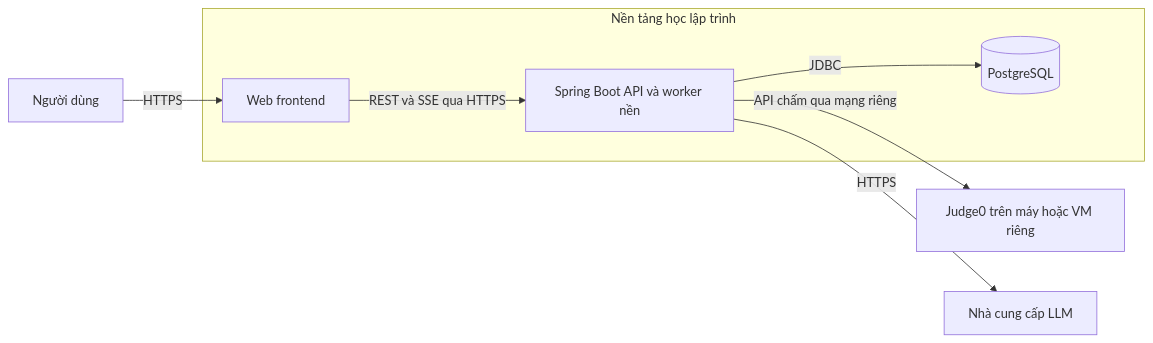
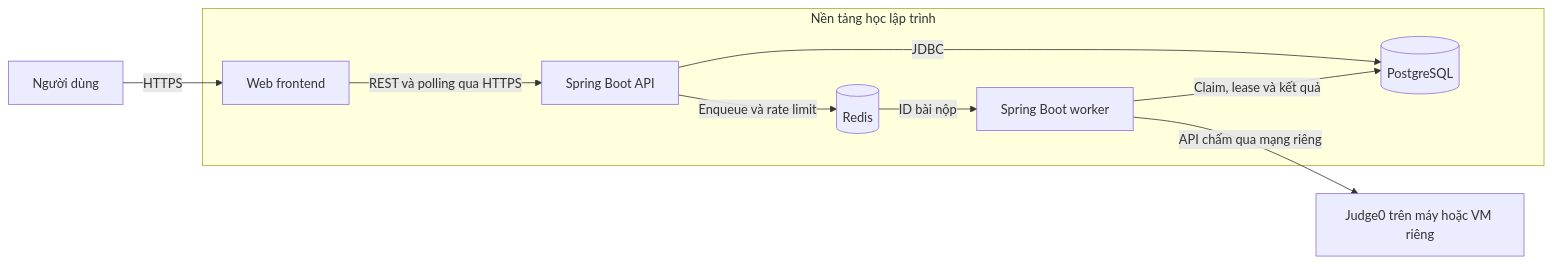
One commit to Nguyn-Dunx/nen-tang-laptrinh-ai changed the second of 2 diagrams in docs/ARCHITECTURE.md. Above: the diagram before and after it, drawn with Mermaid. The commit also changed other lines of this file and 11 other files, not shown here.

````diff
--- a/docs/ARCHITECTURE.md
+++ b/docs/ARCHITECTURE.md
@@ -20,14 +20,18 @@
 ```mermaid
 flowchart LR
     Users["Người dùng"]
     subgraph Platform["Nền tảng học lập trình"]
         Web["Web frontend"]
-        API["Spring Boot API và worker nền"]
+        API["Spring Boot API"]
+        Worker["Spring Boot worker"]
         DB[("PostgreSQL")]
-        Web -->|"REST và SSE qua HTTPS"| API
+        Redis[("Redis")]
+        Web -->|"REST và polling qua HTTPS"| API
         API -->|"JDBC"| DB
+        API -->|"Enqueue và rate limit"| Redis
+        Redis -->|"ID bài nộp"| Worker
+        Worker -->|"Claim, lease và kết quả"| DB
     end
     Users -->|"HTTPS"| Web
-    API -->|"API chấm qua mạng riêng"| Judge["Judge0 trên máy hoặc VM riêng"]
-    API -->|"HTTPS"| LLM["Nhà cung cấp LLM"]
+    Worker -->|"API chấm qua mạng riêng"| Judge["Judge0 trên máy hoặc VM riêng"]
 ```
````
